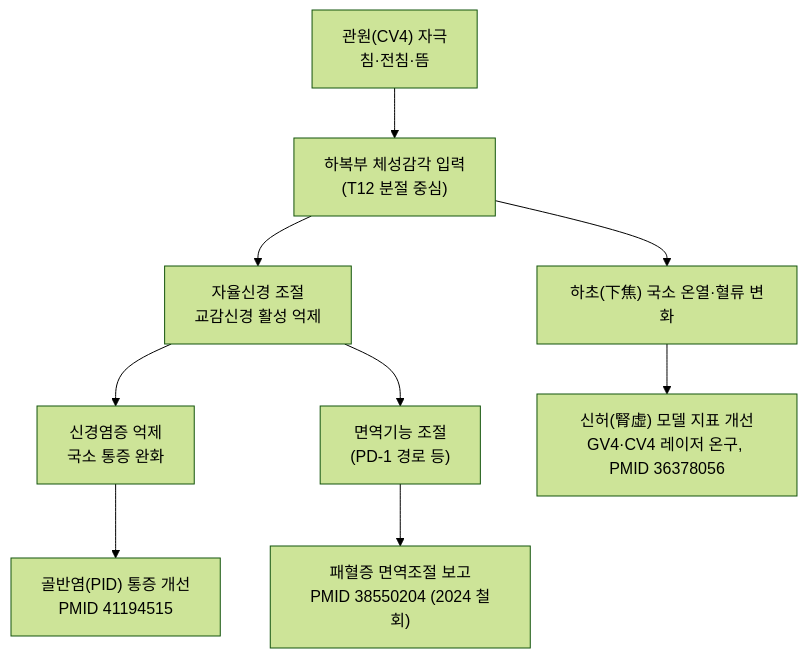
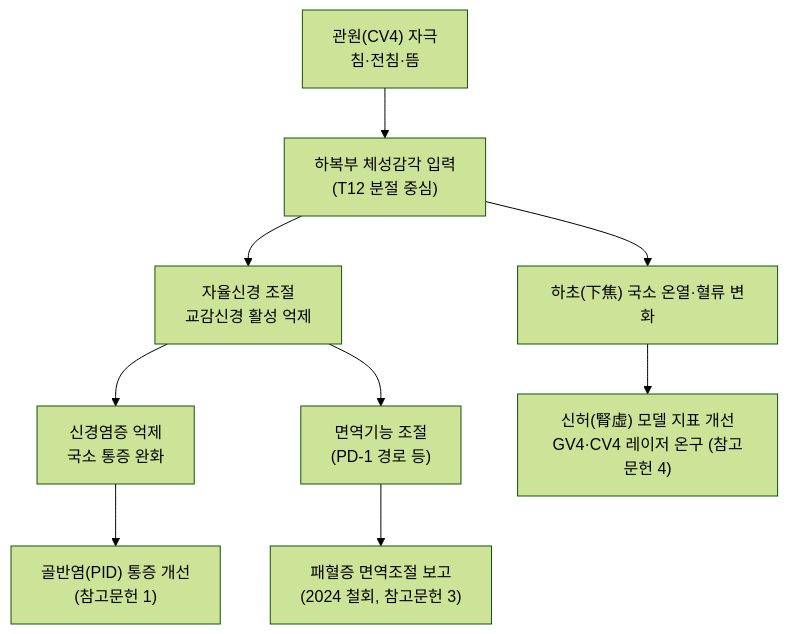
One commit to simbio11/simbio-digital-garden2 changed the diagram in content/3. 이론 공부/경락/관원(CV4).md. Above: the diagram before and after it, drawn with Mermaid (forest theme). The commit also changed other lines of this file and 424 other files, not shown here.

````diff
--- a/content/3. 이론 공부/경락/관원(CV4).md
+++ b/content/3. 이론 공부/경락/관원(CV4).md
@@ -81,11 +81,11 @@
 ```mermaid
 graph TD
     A["관원(CV4) 자극<br/>침·전침·뜸"] --> B["하복부 체성감각 입력<br/>(T12 분절 중심)"]
     B --> C["자율신경 조절<br/>교감신경 활성 억제"]
     B --> D["하초(下焦) 국소 온열·혈류 변화"]
     C --> E["신경염증 억제<br/>국소 통증 완화"]
     C --> F["면역기능 조절<br/>(PD-1 경로 등)"]
-    E --> G["골반염(PID) 통증 개선<br/>PMID 41194515"]
-    F --> H["패혈증 면역조절 보고<br/>PMID 38550204 (2024 철회)"]
-    D --> I["신허(腎虛) 모델 지표 개선<br/>GV4·CV4 레이저 온구, PMID 36378056"]
+    E --> G["골반염(PID) 통증 개선<br/>(참고문헌 1)"]
+    F --> H["패혈증 면역조절 보고<br/>(2024 철회, 참고문헌 3)"]
+    D --> I["신허(腎虛) 모델 지표 개선<br/>GV4·CV4 레이저 온구 (참고문헌 4)"]
 ```
````
